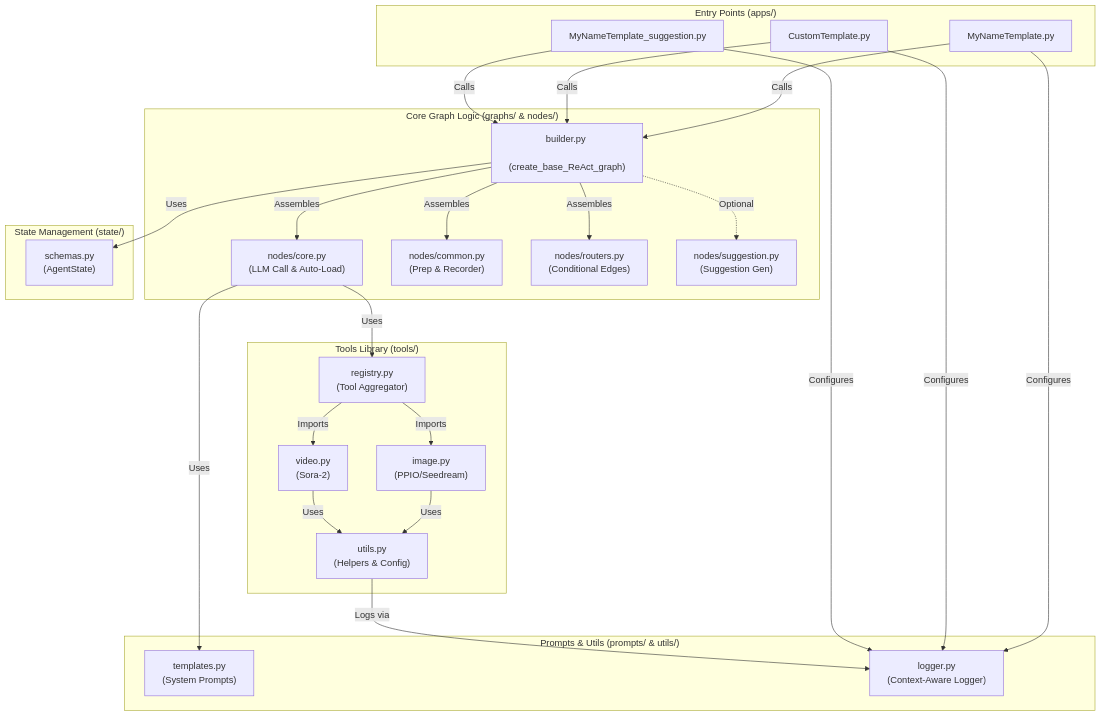
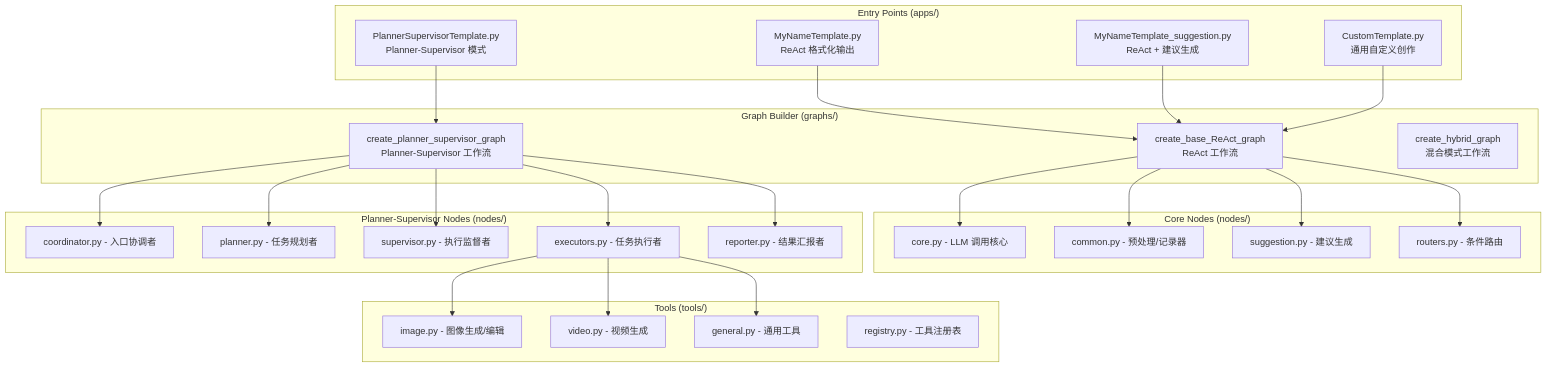
The diagram in README.md (FlynnSpace/MyNameTemplateAgent), drawn with Mermaid before and after one commit. The commit also changed other lines of this file, not shown here.

````diff
--- a/README.md
+++ b/README.md
@@ -30,50 +40,43 @@
 ```mermaid
 graph TD
     subgraph "Entry Points (apps/)"
-        A1[MyNameTemplate.py]
-        A2[CustomTemplate.py]
-        A3[MyNameTemplate_suggestion.py]
+        A1[MyNameTemplate.py<br/>ReAct 格式化输出]
+        A2[MyNameTemplate_suggestion.py<br/>ReAct + 建议生成]
+        A3[CustomTemplate.py<br/>通用自定义创作]
+        A4[PlannerSupervisorTemplate.py<br/>Planner-Supervisor 模式]
     end
 
-    subgraph "Core Graph Logic (graphs/ & nodes/)"
-        B1["builder.py <br/> (create_base_ReAct_graph)"]
-        B2["nodes/core.py <br/> (LLM Call & Auto-Load)"]
-        B3["nodes/common.py <br/> (Prep & Recorder)"]
-        B4["nodes/routers.py <br/> (Conditional Edges)"]
-        B5["nodes/suggestion.py <br/> (Suggestion Gen)"]
+    subgraph "Graph Builder (graphs/)"
+        B1["create_base_ReAct_graph<br/>ReAct 工作流"]
+        B2["create_planner_supervisor_graph<br/>Planner-Supervisor 工作流"]
+        B3["create_hybrid_graph<br/>混合模式工作流"]
     end
 
-    subgraph "State Management (state/)"
-        C1["schemas.py <br/> (AgentState)"]
+    subgraph "Core Nodes (nodes/)"
+        C1["core.py - LLM 调用核心"]
+        C2["common.py - 预处理/记录器"]
+        C3["suggestion.py - 建议生成"]
+        C4["routers.py - 条件路由"]
+    end
+    
+    subgraph "Planner-Supervisor Nodes (nodes/)"
+        D1["coordinator.py - 入口协调者"]
+        D2["planner.py - 任务规划者"]
+        D3["supervisor.py - 执行监督者"]
+        D4["executors.py - 任务执行者"]
+        D5["reporter.py - 结果汇报者"]
     end
 
-    subgraph "Tools Library (tools/)"
-        D1["registry.py <br/> (Tool Aggregator)"]
-        D2["image.py <br/> (PPIO/Seedream)"]
-        D3["video.py <br/> (Sora-2)"]
-        D4["utils.py <br/> (Helpers & Config)"]
+    subgraph "Tools (tools/)"
+        E1["image.py - 图像生成/编辑"]
+        E2["video.py - 视频生成"]
+        E3["general.py - 通用工具"]
+        E4["registry.py - 工具注册表"]
     end
 
-    subgraph "Prompts & Utils (prompts/ & utils/)"
-        E1["templates.py <br/> (System Prompts)"]
-        E2["logger.py <br/> (Context-Aware Logger)"]
-    end
-
-    %% Relationships
-    A1 & A2 & A3 -->|Calls| B1
-    A1 & A2 & A3 -->|Configures| E2
-    
-    B1 -->|Assembles| B2
-    B1 -->|Assembles| B3
-    B1 -->|Assembles| B4
-    B1 -.->|Optional| B5
-    B1 -->|Uses| C1
-    
-    B2 -->|Uses| D1
-    B2 -->|Uses| E1
-    
-    D1 -->|Imports| D2
-    D1 -->|Imports| D3
-    D2 & D3 -->|Uses| D4
-    D4 -->|Logs via| E2
+    A1 & A2 & A3 --> B1
+    A4 --> B2
+    B1 --> C1 & C2 & C3 & C4
+    B2 --> D1 & D2 & D3 & D4 & D5
+    D4 --> E1 & E2 & E3
 ```
````
